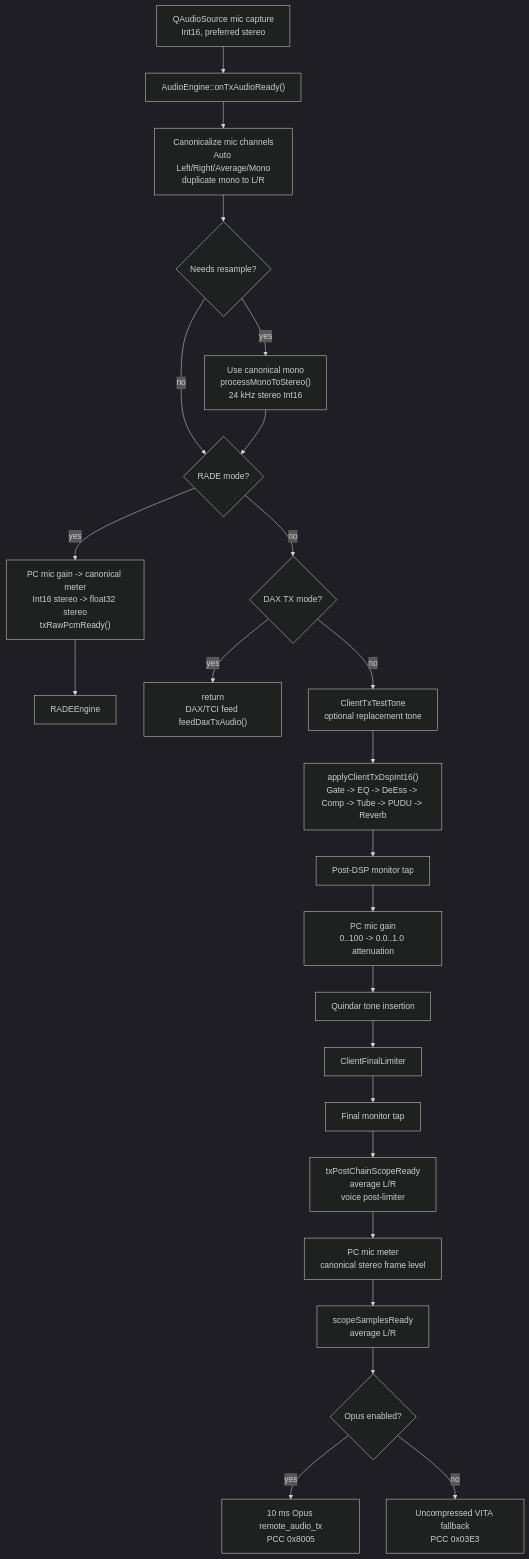
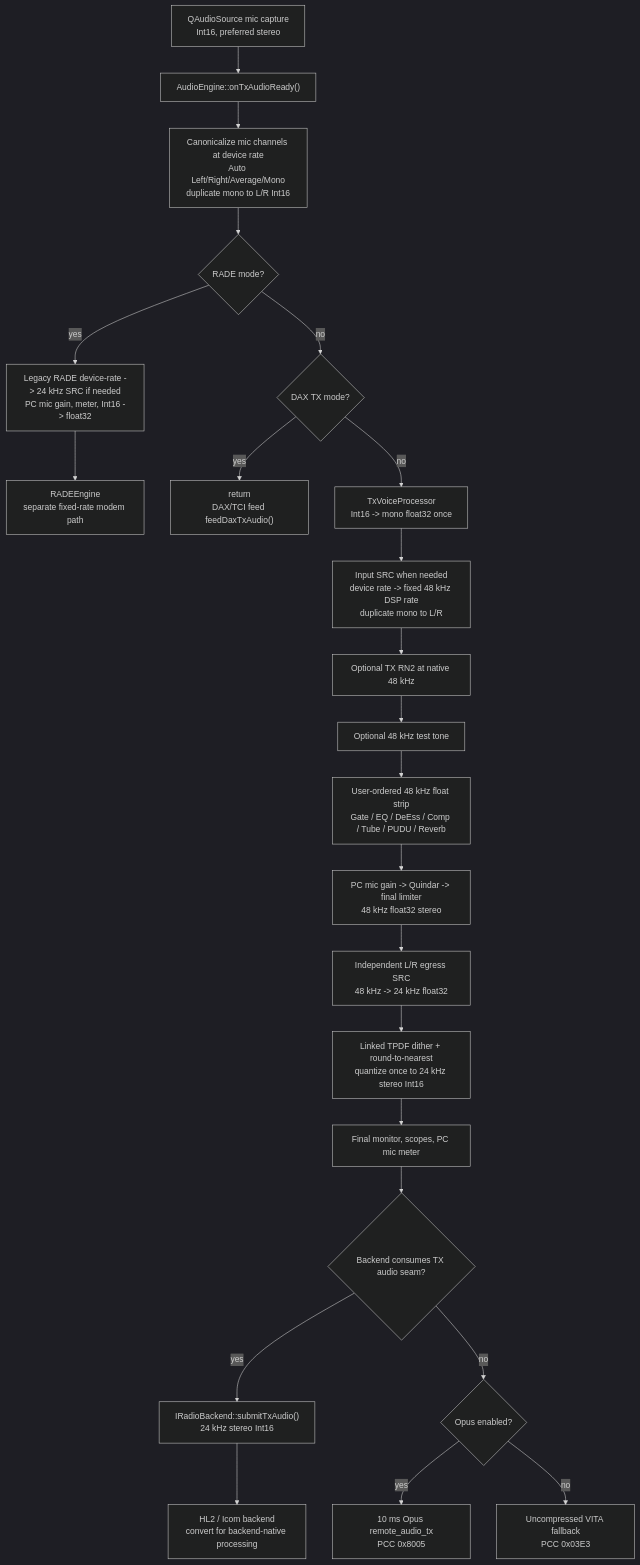
The second of 4 diagrams in docs/architecture/audio-pipeline.md (DH1KLM/AetherSDR), drawn with Mermaid (dark theme) before and after one commit. The commit also changed other lines of this file and 31 other files, not shown here.

First line of the commit message:
Refactor(audio): Move TX Voice DSP to 48 kHz Float — Principle VIII. (#4875)

````diff
--- a/docs/architecture/audio-pipeline.md
+++ b/docs/architecture/audio-pipeline.md
@@ -287,26 +294,25 @@
 ```mermaid
 flowchart TD
     A["QAudioSource mic capture<br/>Int16, preferred stereo"] --> B["AudioEngine::onTxAudioReady()"]
-    B --> C["Canonicalize mic channels<br/>Auto Left/Right/Average/Mono<br/>duplicate mono to L/R"]
-    C --> D{"Needs resample?"}
-    D -->|yes| E["Use canonical mono<br/>processMonoToStereo()<br/>24 kHz stereo Int16"]
-    D -->|no| H{"RADE mode?"}
-    E --> H
-    H -->|yes| I["PC mic gain -> canonical meter<br/>Int16 stereo -> float32 stereo<br/>txRawPcmReady()"]
-    I --> J["RADEEngine"]
-    H -->|no| K{"DAX TX mode?"}
-    K -->|yes| L["return<br/>DAX/TCI feed feedDaxTxAudio()"]
-    K -->|no| M["ClientTxTestTone<br/>optional replacement tone"]
-    M --> N["applyClientTxDspInt16()<br/>Gate -> EQ -> DeEss -> Comp -> Tube -> PUDU -> Reverb"]
-    N --> O["Post-DSP monitor tap"]
-    O --> P["PC mic gain<br/>0..100 -> 0.0..1.0 attenuation"]
-    P --> Q["Quindar tone insertion"]
-    Q --> R["ClientFinalLimiter"]
-    R --> S["Final monitor tap"]
-    S --> T["txPostChainScopeReady<br/>average L/R<br/>voice post-limiter"]
-    T --> U["PC mic meter<br/>canonical stereo frame level"]
-    U --> V["scopeSamplesReady<br/>average L/R"]
-    V --> W{"Opus enabled?"}
-    W -->|yes| X["10 ms Opus remote_audio_tx<br/>PCC 0x8005"]
-    W -->|no| Y["Uncompressed VITA fallback<br/>PCC 0x03E3"]
+    B --> C["Canonicalize mic channels at device rate<br/>Auto Left/Right/Average/Mono<br/>duplicate mono to L/R Int16"]
+    C --> D{"RADE mode?"}
+    D -->|yes| E["Legacy RADE device-rate -> 24 kHz SRC if needed<br/>PC mic gain, meter, Int16 -> float32"]
+    E --> F["RADEEngine<br/>separate fixed-rate modem path"]
+    D -->|no| G{"DAX TX mode?"}
+    G -->|yes| H["return<br/>DAX/TCI feed feedDaxTxAudio()"]
+    G -->|no| I["TxVoiceProcessor<br/>Int16 -> mono float32 once"]
+    I --> J["Input SRC when needed<br/>device rate -> fixed 48 kHz DSP rate<br/>duplicate mono to L/R"]
+    J --> K["Optional TX RN2 at native 48 kHz"]
+    K --> L["Optional 48 kHz test tone"]
+    L --> M["User-ordered 48 kHz float strip<br/>Gate / EQ / DeEss / Comp / Tube / PUDU / Reverb"]
+    M --> N["PC mic gain -> Quindar -> final limiter<br/>48 kHz float32 stereo"]
+    N --> O["Independent L/R egress SRC<br/>48 kHz -> 24 kHz float32"]
+    O --> P["Linked TPDF dither + round-to-nearest<br/>quantize once to 24 kHz stereo Int16"]
+    P --> Q["Final monitor, scopes, PC mic meter"]
+    Q --> R{"Backend consumes TX audio seam?"}
+    R -->|yes| U["IRadioBackend::submitTxAudio()<br/>24 kHz stereo Int16"]
+    U --> V["HL2 / Icom backend<br/>convert for backend-native processing"]
+    R -->|no| S{"Opus enabled?"}
+    S -->|yes| T["10 ms Opus remote_audio_tx<br/>PCC 0x8005"]
+    S -->|no| W["Uncompressed VITA fallback<br/>PCC 0x03E3"]
 ```
````
